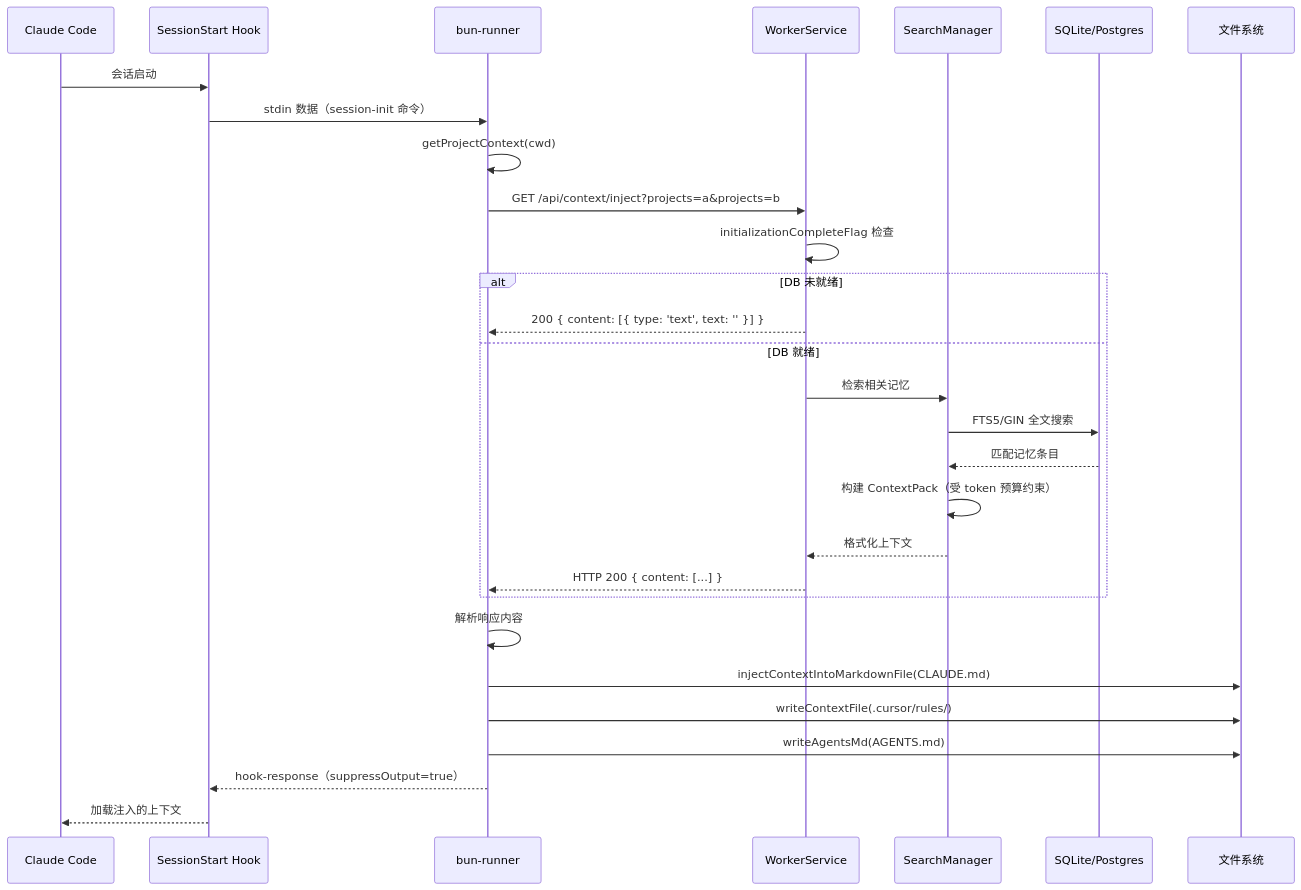
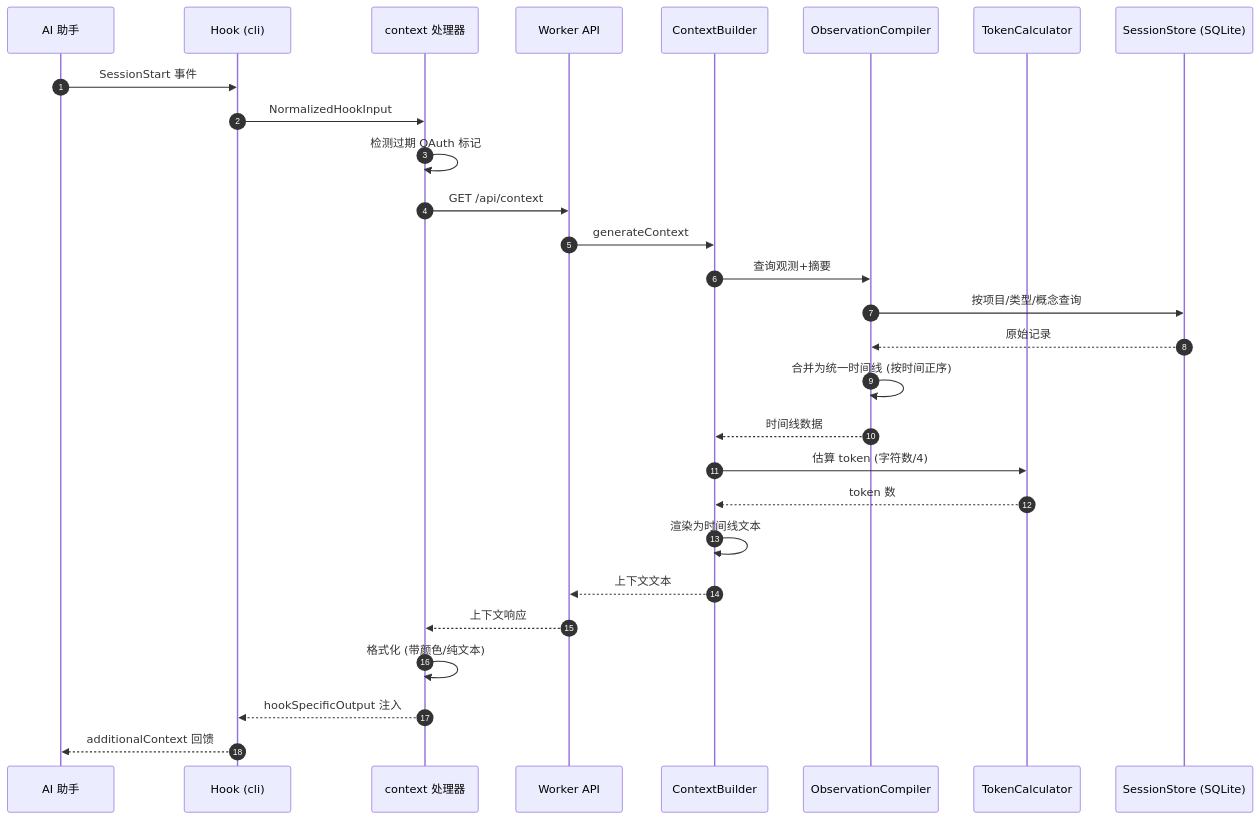
One commit to sharesdoc/claude-mem changed the tenth of 14 diagrams in doc/B-系统设计文档.md. Above: the diagram before and after it, drawn with Mermaid. The commit also changed other lines of this file and 22 other files, not shown here.

````diff
--- a/doc/B-系统设计文档.md
+++ b/doc/B-系统设计文档.md
@@ -695,32 +639,31 @@
 ```mermaid
 sequenceDiagram
-    participant CC as Claude Code
-    participant Hook as SessionStart Hook
-    participant Runner as bun-runner
-    participant Worker as WorkerService
-    participant Search as SearchManager
-    participant DB as SQLite/Postgres
-    participant FS as 文件系统
+    autonumber
+    participant AI as AI 助手
+    participant HK as Hook (cli)
+    participant CTX as context 处理器
+    participant W as Worker API
+    participant CB as ContextBuilder
+    participant OC as ObservationCompiler
+    participant TC as TokenCalculator
+    participant DB as SessionStore (SQLite)
 
-    CC->>Hook: 会话启动
-    Hook->>Runner: stdin 数据（session-init 命令）
-    Runner->>Runner: getProjectContext(cwd)
-    Runner->>Worker: GET /api/context/inject?projects=a&projects=b
-    Worker->>Worker: initializationCompleteFlag 检查
-    alt DB 未就绪
-        Worker-->>Runner: 200 { content: [{ type: 'text', text: '' }] }
-    else DB 就绪
-        Worker->>Search: 检索相关记忆
-        Search->>DB: FTS5/GIN 全文搜索
-        DB-->>Search: 匹配记忆条目
-        Search->>Search: 构建 ContextPack（受 token 预算约束）
-        Search-->>Worker: 格式化上下文
-        Worker-->>Runner: HTTP 200 { content: [...] }
-    end
-    Runner->>Runner: 解析响应内容
-    Runner->>FS: injectContextIntoMarkdownFile(CLAUDE.md)
-    Runner->>FS: writeContextFile(.cursor/rules/)
-    Runner->>FS: writeAgentsMd(AGENTS.md)
-    Runner-->>Hook: hook-response（suppressOutput=true）
-    Hook-->>CC: 加载注入的上下文
+    AI->>HK: SessionStart 事件
+    HK->>CTX: NormalizedHookInput
+    CTX->>CTX: 检测过期 OAuth 标记
+    CTX->>W: GET /api/context
+    W->>CB: generateContext
+    CB->>OC: 查询观测+摘要
+    OC->>DB: 按项目/类型/概念查询
+    DB-->>OC: 原始记录
+    OC->>OC: 合并为统一时间线 (按时间正序)
+    OC-->>CB: 时间线数据
+    CB->>TC: 估算 token (字符数/4)
+    TC-->>CB: token 数
+    CB->>CB: 渲染为时间线文本
+    CB-->>W: 上下文文本
+    W-->>CTX: 上下文响应
+    CTX->>CTX: 格式化 (带颜色/纯文本)
+    CTX-->>HK: hookSpecificOutput 注入
+    HK-->>AI: additionalContext 回馈
 ```
````
